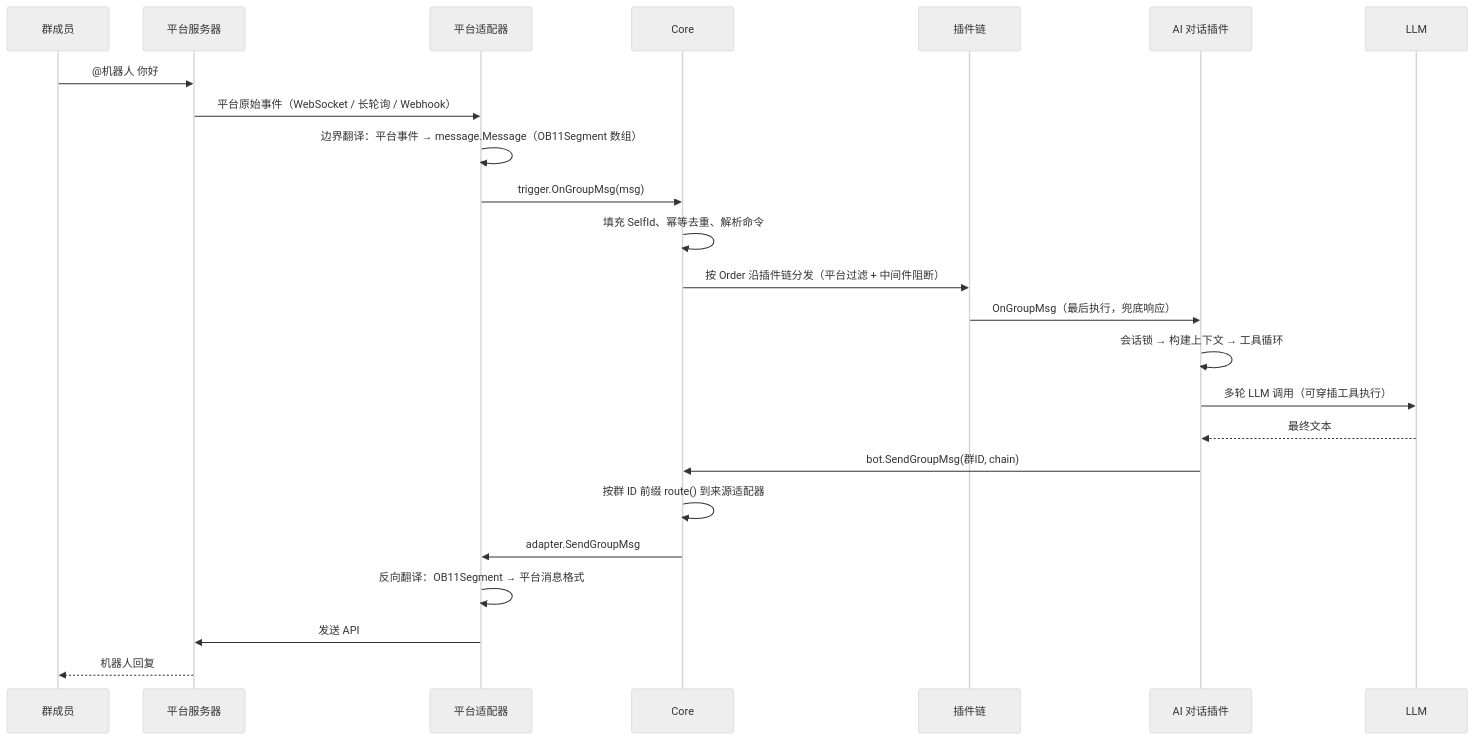
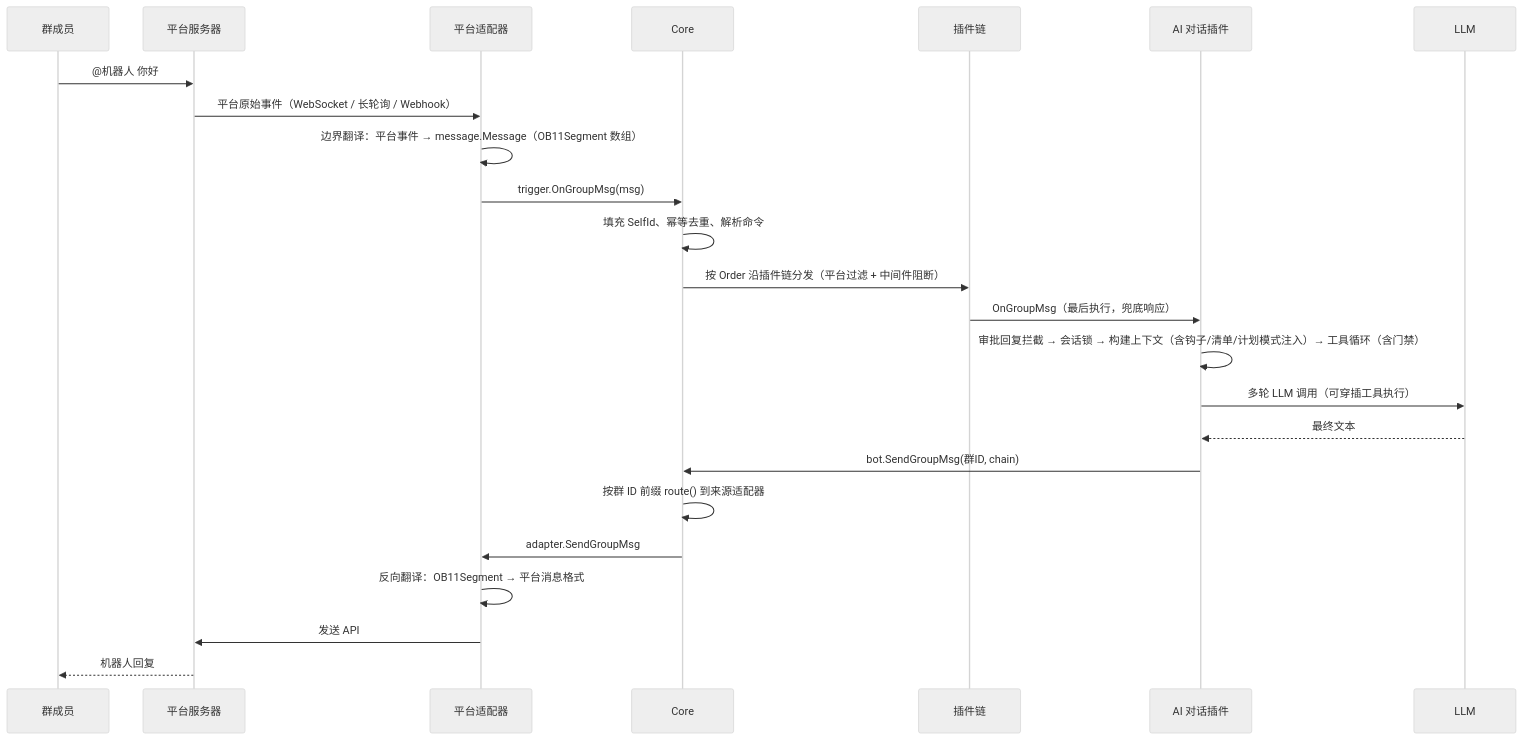
The third of 3 diagrams in docs/internals/index.md (jeanhua/AniaBot), drawn with Mermaid (neutral theme) before and after one commit. The commit also changed other lines of this file and 43 other files, not shown here.

````diff
--- a/docs/internals/index.md
+++ b/docs/internals/index.md
@@ -120,27 +121,27 @@
 ```mermaid
 sequenceDiagram
     participant U as 群成员
     participant P as 平台服务器
     participant A as 平台适配器
     participant C as Core
     participant PL as 插件链
     participant AI as AI 对话插件
     participant L as LLM
 
     U->>P: @机器人 你好
     P->>A: 平台原始事件（WebSocket / 长轮询 / Webhook）
     A->>A: 边界翻译：平台事件 → message.Message（OB11Segment 数组）
     A->>C: trigger.OnGroupMsg(msg)
     C->>C: 填充 SelfId、幂等去重、解析命令
     C->>PL: 按 Order 沿插件链分发（平台过滤 + 中间件阻断）
     PL->>AI: OnGroupMsg（最后执行，兜底响应）
-    AI->>AI: 会话锁 → 构建上下文 → 工具循环
+    AI->>AI: 审批回复拦截 → 会话锁 → 构建上下文（含钩子/清单/计划模式注入）→ 工具循环（含门禁）
     AI->>L: 多轮 LLM 调用（可穿插工具执行）
     L-->>AI: 最终文本
     AI->>C: bot.SendGroupMsg(群ID, chain)
     C->>C: 按群 ID 前缀 route() 到来源适配器
     C->>A: adapter.SendGroupMsg
     A->>A: 反向翻译：OB11Segment → 平台消息格式
     A->>P: 发送 API
     P-->>U: 机器人回复
 ```
````
